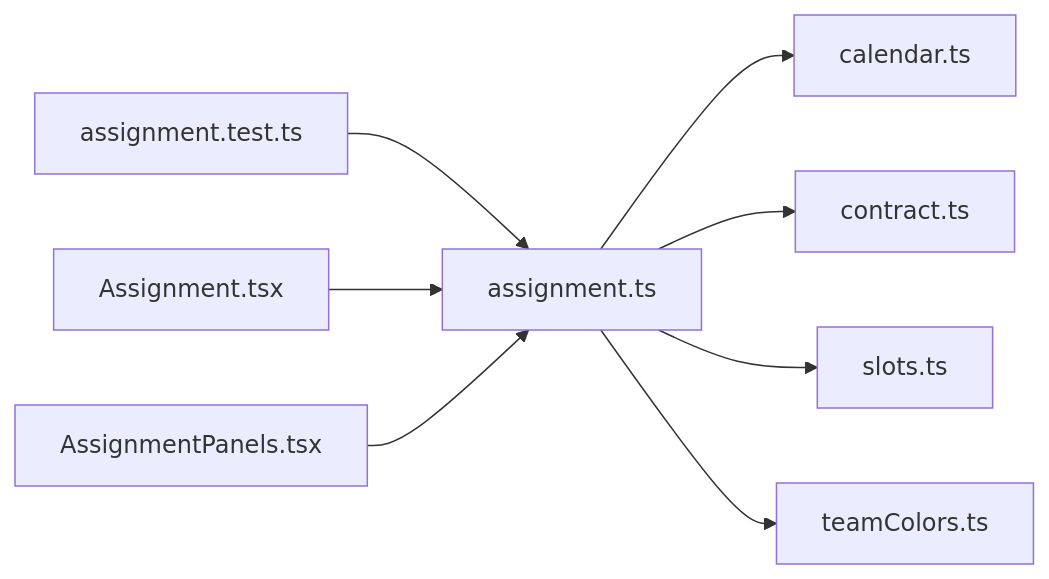
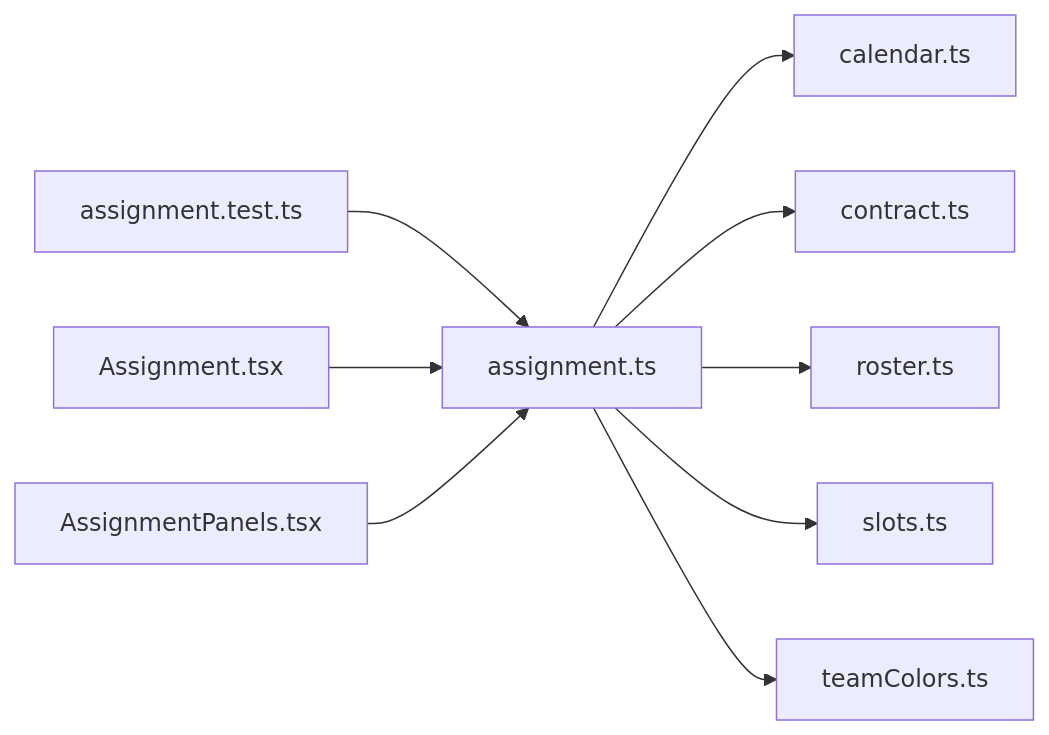
One commit to minkong-dev/Banblit changed the diagram in .cluedoc/graph/frontend/src/lib/assignment.md. Above: the diagram before and after it, drawn with Mermaid. The commit also changed other lines of this file and 40 other files, not shown here.

````diff
--- a/.cluedoc/graph/frontend/src/lib/assignment.md
+++ b/.cluedoc/graph/frontend/src/lib/assignment.md
@@ -10,11 +10,12 @@
 ```mermaid
 flowchart LR
   frontend_src_lib_assignment["assignment.ts"]
   frontend_src_lib_assignment --> frontend_src_lib_calendar["calendar.ts"]
   frontend_src_lib_assignment --> frontend_src_lib_contract["contract.ts"]
+  frontend_src_lib_assignment --> frontend_src_lib_roster["roster.ts"]
   frontend_src_lib_assignment --> frontend_src_lib_slots["slots.ts"]
   frontend_src_lib_assignment --> frontend_src_lib_teamColors["teamColors.ts"]
   frontend_src_lib_assignment_test["assignment.test.ts"] --> frontend_src_lib_assignment
   frontend_src_routes_Assignment["Assignment.tsx"] --> frontend_src_lib_assignment
   frontend_src_routes_AssignmentPanels["AssignmentPanels.tsx"] --> frontend_src_lib_assignment
 ```
````
